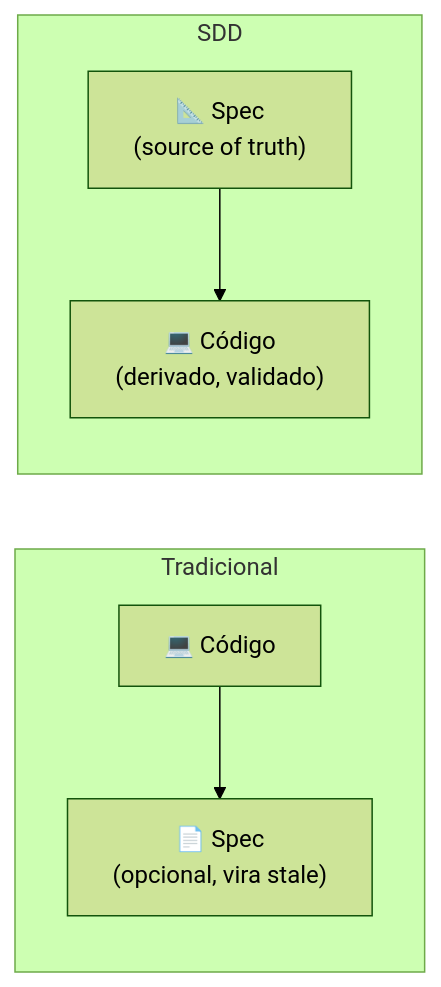
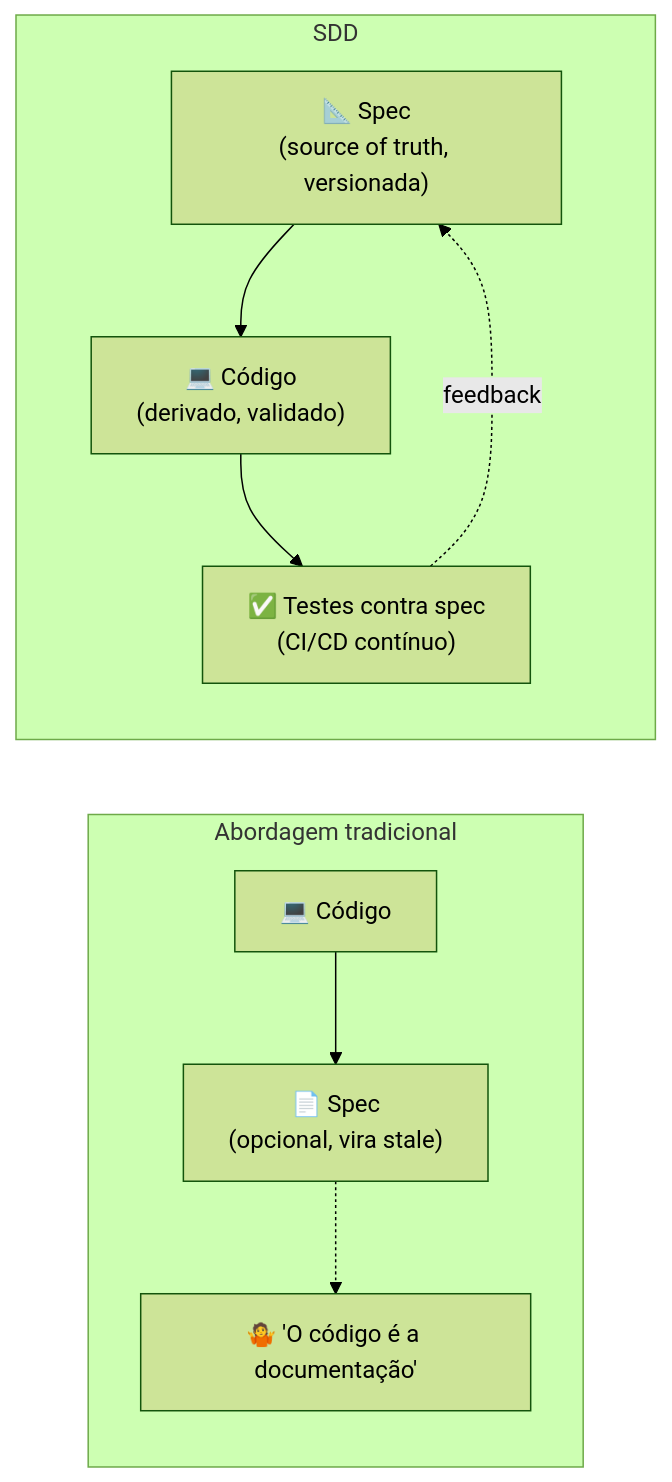
The first of 4 diagrams in 03-Dominios/Tecnologia/IA/Spec-Driven Development/02 - O que é Spec-Driven Development.md (josenaldo/codex-technomanticus), drawn with Mermaid (forest theme) before and after one commit. The commit also changed other lines of this file, not shown here.

Commit message:
feat(ia): enriquece nota 02 do galho SDD

````diff
--- a/03-Dominios/Tecnologia/IA/Spec-Driven Development/02 - O que é Spec-Driven Development.md
+++ b/03-Dominios/Tecnologia/IA/Spec-Driven Development/02 - O que é Spec-Driven Development.md
@@ -27,9 +33,12 @@
 ```mermaid
 graph LR
-    subgraph Tradicional
+    subgraph "Abordagem tradicional"
         A1["💻 Código"] --> A2["📄 Spec<br/>(opcional, vira stale)"]
+        A2 -.-> A3["🤷 'O código é a documentação'"]
     end
-    subgraph SDD
-        B1["📐 Spec<br/>(source of truth)"] --> B2["💻 Código<br/>(derivado, validado)"]
+    subgraph "SDD"
+        B1["📐 Spec<br/>(source of truth, versionada)"] --> B2["💻 Código<br/>(derivado, validado)"]
+        B2 --> B3["✅ Testes contra spec<br/>(CI/CD contínuo)"]
+        B3 -.feedback.-> B1
     end
 ```
````
